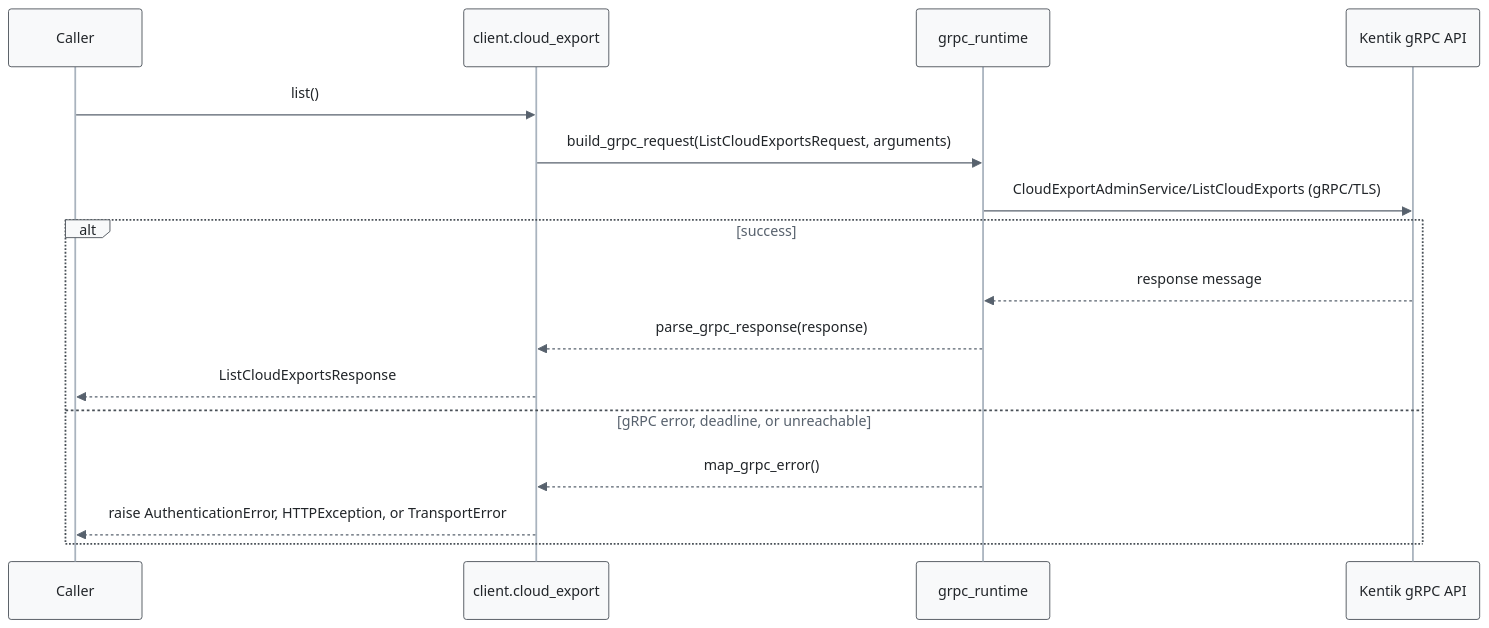
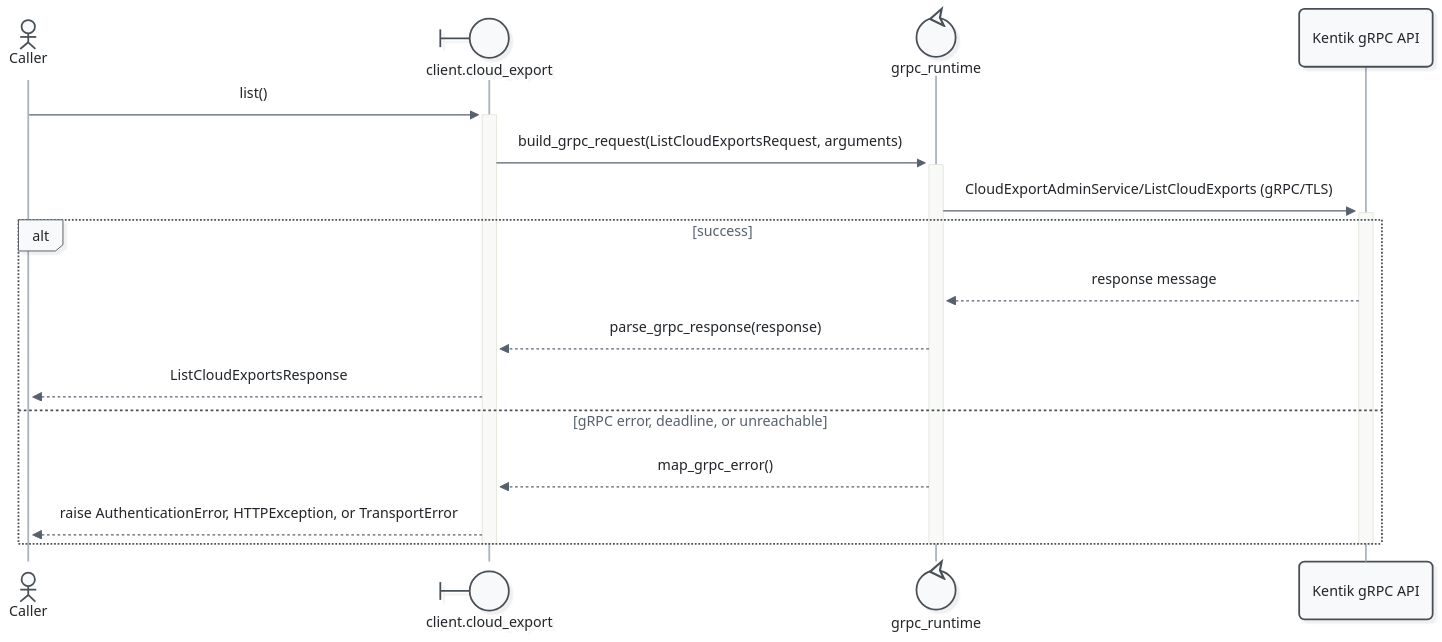
Before and after one commit to alexdearaujo/community_sdk_python: the second of 11 diagrams in docs/sphinx/services/cloud_export.md, drawn with Mermaid. The commit also changed other lines of this file and 52 other files, not shown here.

First line of the commit message:
docs: Mermaid 12 sequence diagrams with participant types and path colors

````diff
--- a/docs/sphinx/services/cloud_export.md
+++ b/docs/sphinx/services/cloud_export.md
@@ -55,20 +57,23 @@
 ```mermaid
-%%{init: {"theme": "base", "fontFamily": "ui-monospace, SFMono-Regular, Menlo, monospace", "themeVariables": {"fontFamily": "ui-monospace, SFMono-Regular, Menlo, monospace", "primaryColor": "#f8f9fa", "primaryBorderColor": "#495057", "primaryTextColor": "#212529", "textColor": "#212529", "lineColor": "#77818c", "edgeLabelBackground": "#ffffff", "actorBkg": "#f8f9fa", "actorBorder": "#495057", "actorTextColor": "#212529", "actorLineColor": "#a9b3be", "signalColor": "#57616d", "signalTextColor": "#212529", "labelBoxBkgColor": "#f8f9fa", "labelBoxBorderColor": "#495057", "labelTextColor": "#212529", "loopTextColor": "#57616d", "noteBkgColor": "#fff9db", "noteBorderColor": "#f08c00", "noteTextColor": "#a35a00"}, "flowchart": {"curve": "step", "nodeSpacing": 30, "rankSpacing": 70, "wrappingWidth": 400}}}%%
+%%{init: {"theme": "redux", "look": "neo", "layout": "dagre", "fontFamily": "ui-monospace, SFMono-Regular, Menlo, monospace", "themeVariables": {"fontFamily": "ui-monospace, SFMono-Regular, Menlo, monospace", "primaryColor": "#f8f9fa", "primaryBorderColor": "#495057", "primaryTextColor": "#212529", "textColor": "#212529", "lineColor": "#77818c", "edgeLabelBackground": "#ffffff", "actorBkg": "#f8f9fa", "actorBorder": "#495057", "actorTextColor": "#212529", "actorLineColor": "#a9b3be", "signalColor": "#57616d", "signalTextColor": "#212529", "labelBoxBkgColor": "#f8f9fa", "labelBoxBorderColor": "#495057", "labelTextColor": "#212529", "loopTextColor": "#57616d", "noteBkgColor": "#fff9db", "noteBorderColor": "#f08c00", "noteTextColor": "#a35a00"}, "sequence": {"activationWidth": 16}, "flowchart": {"curve": "step", "nodeSpacing": 30, "rankSpacing": 70, "wrappingWidth": 400}}}%%
 sequenceDiagram
-    participant C as Caller
-    participant W as client.cloud_export
-    participant R as grpc_runtime
+    actor C as Caller
+    participant W@{ "type": "boundary" } as client.cloud_export
+    participant R@{ "type": "control" } as grpc_runtime
     participant API as Kentik gRPC API
 
-    C->>W: list()
-    W->>R: build_grpc_request(ListCloudExportsRequest, arguments)
-    R->>API: CloudExportAdminService/ListCloudExports (gRPC/TLS)
+    C->>+W: list()
+    W->>+R: build_grpc_request(ListCloudExportsRequest, arguments)
+    R->>+API: CloudExportAdminService/ListCloudExports (gRPC/TLS)
     alt success
         API-->>R: response message
         R-->>W: parse_grpc_response(response)
         W-->>C: ListCloudExportsResponse
     else gRPC error, deadline, or unreachable
         R-->>W: map_grpc_error()
         W-->>C: raise AuthenticationError, HTTPException, or TransportError
     end
+    deactivate API
+    deactivate R
+    deactivate W
 ```
````
